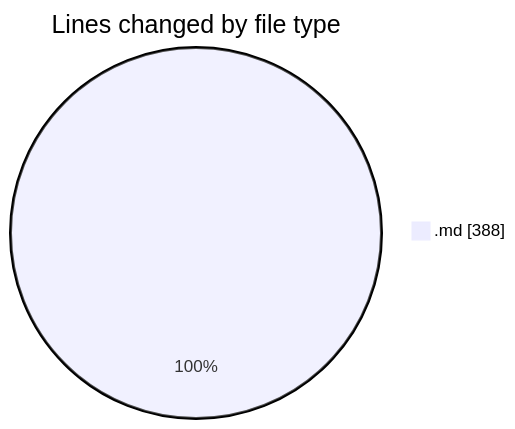
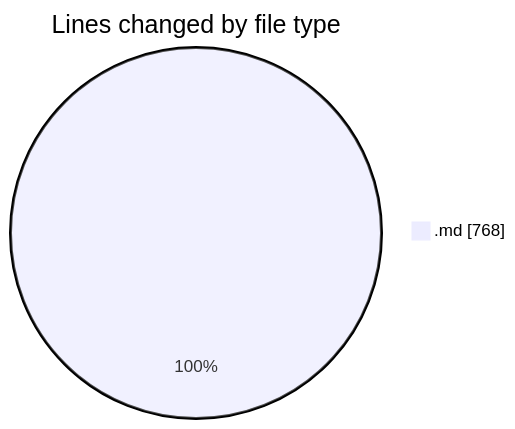
One commit to EIIisD/code-tracking changed the first of 2 diagrams in 2025-07-13/drive-download-20250712t233552z-1-001/README.md. Above: the diagram before and after it, drawn with Mermaid. The commit also changed other lines of this file and 1 other file, not shown here.

````diff
--- a/2025-07-13/drive-download-20250712t233552z-1-001/README.md
+++ b/2025-07-13/drive-download-20250712t233552z-1-001/README.md
@@ -20,5 +21,5 @@
 ```mermaid
 pie showData
 title Lines changed by file type
-".md" : 388
+".md" : 768
 ```
````
